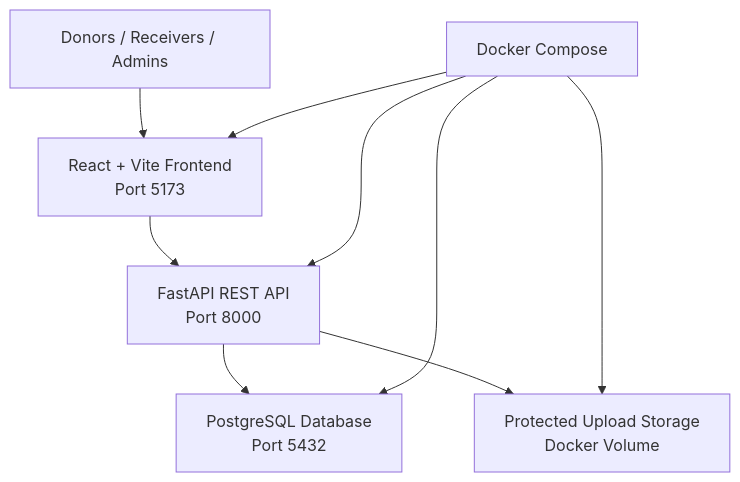
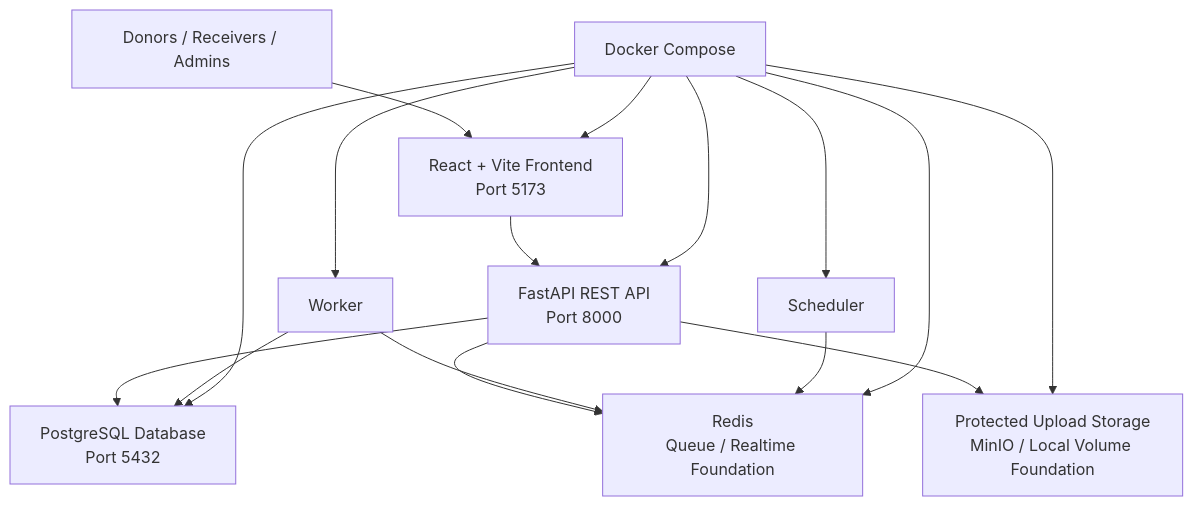
Before and after one commit to AffanKhan007/BloodLink-Pakistan: the diagram in README.md, drawn with Mermaid. The commit also changed other lines of this file and 37 other files, not shown here.

````diff
--- a/README.md
+++ b/README.md
@@ -53,11 +59,18 @@
 ```mermaid
 flowchart TD
     U["Donors / Receivers / Admins"] --> F["React + Vite Frontend<br/>Port 5173"]
     F --> A["FastAPI REST API<br/>Port 8000"]
     A --> D["PostgreSQL Database<br/>Port 5432"]
-    A --> S["Protected Upload Storage<br/>Docker Volume"]
+    A --> R["Redis<br/>Queue / Realtime Foundation"]
+    A --> S["Protected Upload Storage<br/>MinIO / Local Volume Foundation"]
+    W["Worker"] --> R
+    W --> D
+    SCH["Scheduler"] --> R
     DC["Docker Compose"] --> F
     DC --> A
     DC --> D
+    DC --> R
     DC --> S
+    DC --> W
+    DC --> SCH
 ```
````
